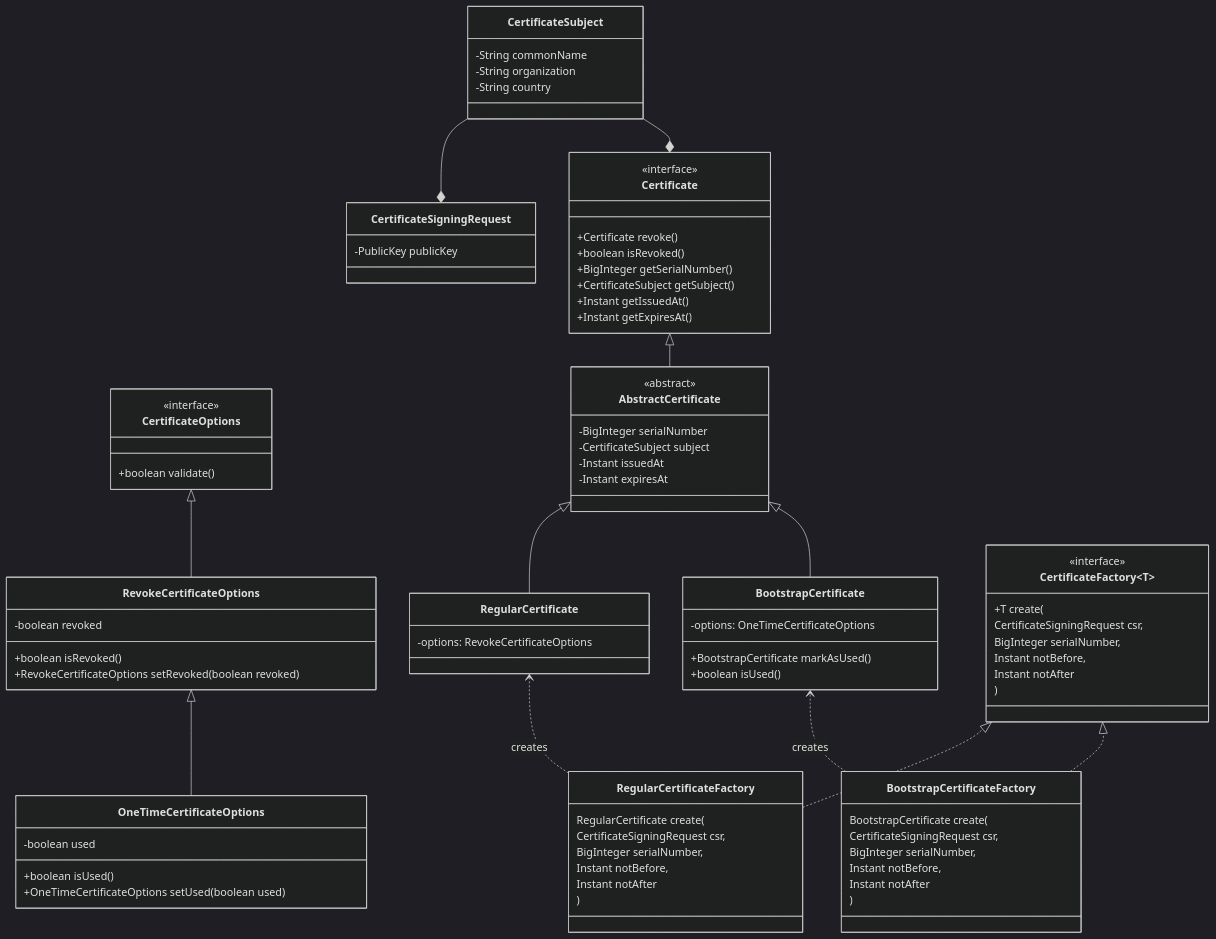
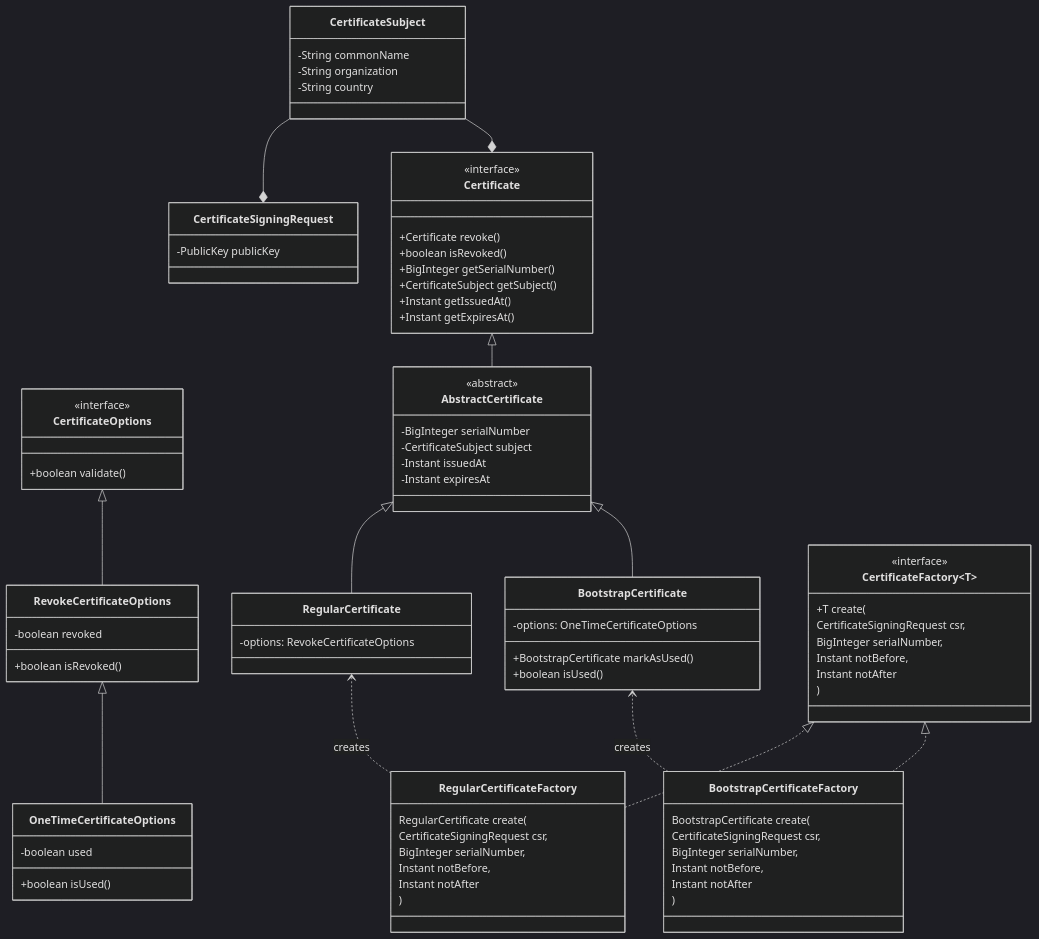
One commit to diogocerqueiralima/vehicle-tracker changed the diagram in docs/device-authentication/identity-service.md. Above: the diagram before and after it, drawn with Mermaid (dark theme).

Commit message:
Refactor certificate options methods for clarity

```diff
--- a/docs/device-authentication/identity-service.md
+++ b/docs/device-authentication/identity-service.md
@@ -28,13 +28,11 @@
 class RevokeCertificateOptions {
     -boolean revoked
     +boolean isRevoked()
-    +RevokeCertificateOptions setRevoked(boolean revoked)
 }
 
 class OneTimeCertificateOptions {
     -boolean used
     +boolean isUsed()
-    +OneTimeCertificateOptions setUsed(boolean used)
 }
 
 class Certificate {
```
